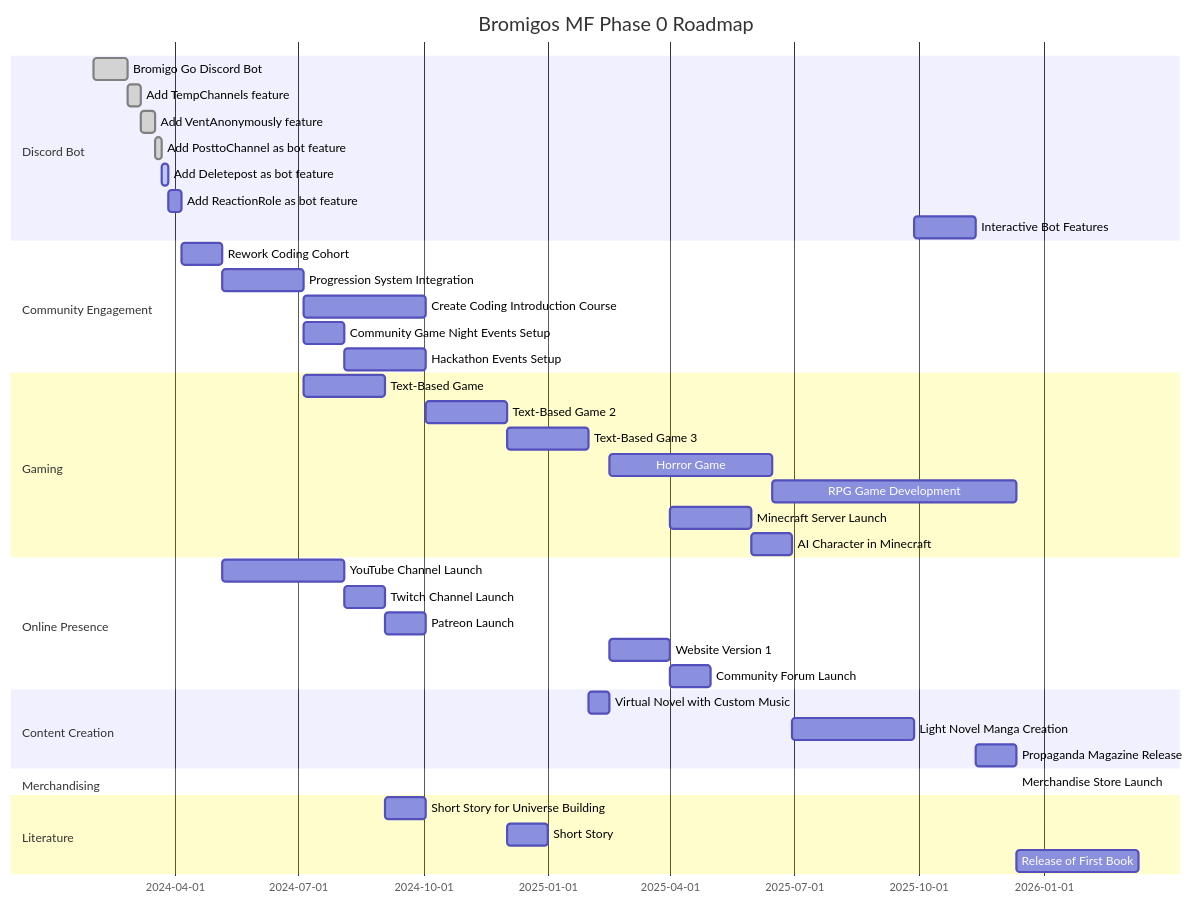
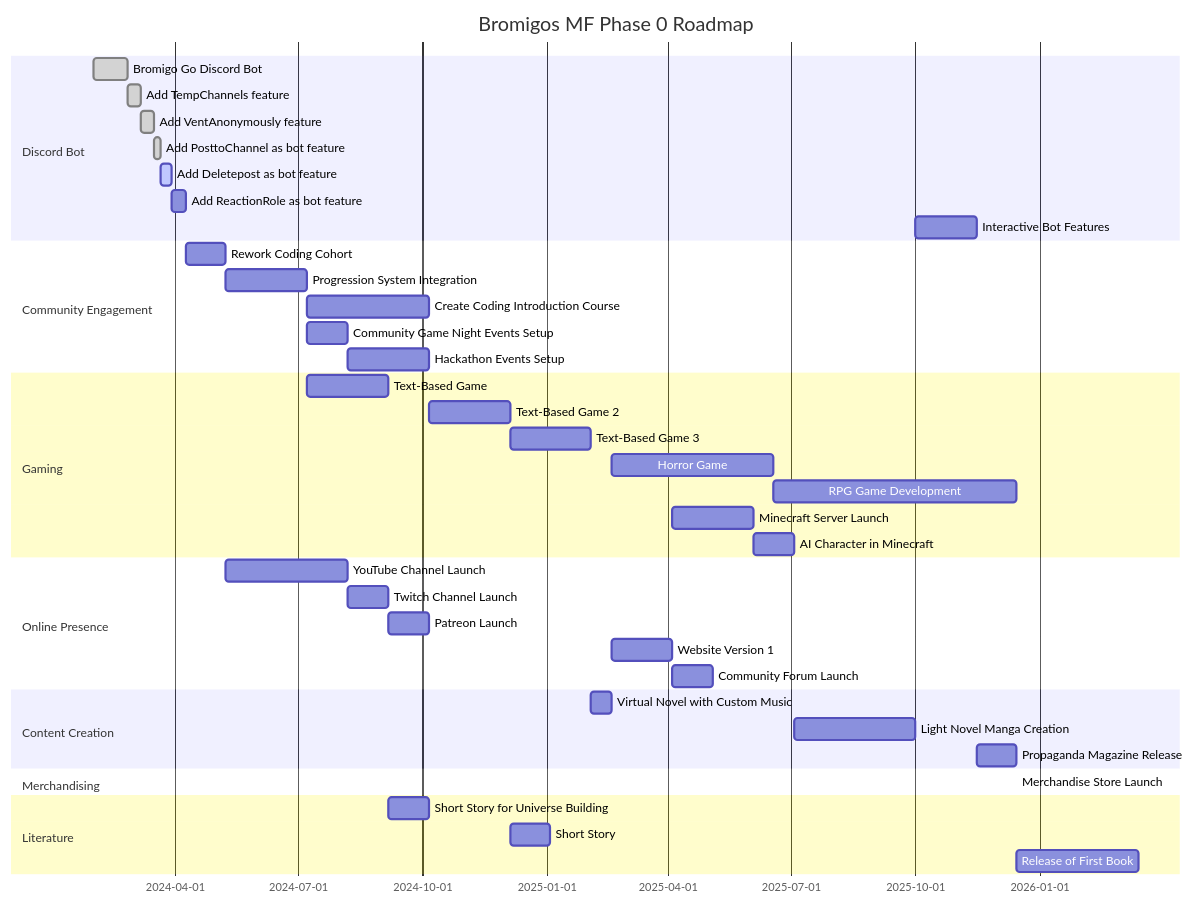
Before and after one commit to bromigos-org/.github: the diagram in profile/README.md, drawn with Mermaid.

````diff
--- a/profile/README.md
+++ b/profile/README.md
@@ -5,52 +5,52 @@
 ```mermaid
 gantt
     dateFormat  YYYY-MM-DD
     title Bromigos MF Phase 0 Roadmap
 
     section Discord Bot
     Bromigo Go Discord Bot        :done, bot1, 2024-02-01, 25d
     Add TempChannels feature     :done, vap1, after bot1, 10d
     Add VentAnonymously feature        :done, tcp1, after vap1, 10d
     Add PosttoChannel as bot feature       :done, ptc1, after tcp1, 5d
-    Add Deletepost as bot feature        :active, dp1, after ptc1, 5d
+    Add Deletepost as bot feature        :active, dp1, after ptc1, 8d
     Add ReactionRole as bot feature      :        rr1, after dp1, 10d
     Interactive Bot Features        :        ibf1, after manga1, 45d
 
     section Community Engagement
     Rework Coding Cohort          :        rcc1, after rr1, 30d
     Progression System Integration:        psi1, after rcc1, 60d
     Create Coding Introduction Course:      cic1, after psi1, 90d
     Community Game Night Events Setup          :        cgn1, after psi1, 30d
     Hackathon Events Setup               :        hack1, after cgn1, 60d
 
     section Gaming
     Text-Based Game                 :        tb1, after psi1, 60d
     Text-Based Game 2               :        tb2, after ss1, 60d
     Text-Based Game 3               :        tb3, after tb2, 60d
     Horror Game                     :        hg1, after vn1, 120d
     RPG Game Development            :        rpg1, after hg1, 180d
     Minecraft Server Launch         :        mc1, after web1, 60d
     AI Character in Minecraft       :        ai1, after mc1, 30d
 
     section Online Presence
     YouTube Channel Launch          :        yt1, after rcc1, 90d
     Twitch Channel Launch           :        twitch1, after yt1, 30d
     Patreon Launch                  :        pat1, after twitch1, 30d
     Website Version 1               :        web1, after vn1, 45d
     Community Forum Launch          :        cf1, after web1, 30d
 
     section Content Creation
     Virtual Novel with Custom Music :        vn1, after tb3, 15d
     Light Novel Manga Creation      :        manga1, after ai1, 90d
     Propaganda Magazine Release     :        pm1, after ibf1, 30d
 
     section Merchandising
     Merchandise Store Launch        :        merch1, after pm1, 60ds
 
     section Literature
     Short Story for Universe Building:      ss1, after tb1, 30d
     Short Story            :        ssc1, after tb2, 30d
     Release of First Book           :        book1, after rpg1, 90d
 
 
 ```
````
